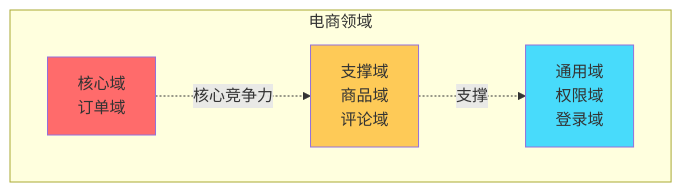
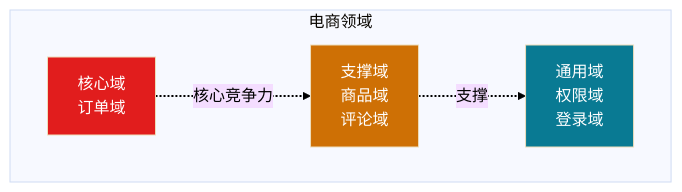
One commit to microwind/design-patterns changed the fifth of 12 diagrams in domain-driven-design/一文搞懂DDD领域驱动设计.md. Above: the diagram before and after it, drawn with Mermaid. The commit also changed other lines of this file, not shown here.

````diff
--- a/domain-driven-design/一文搞懂DDD领域驱动设计.md
+++ b/domain-driven-design/一文搞懂DDD领域驱动设计.md
@@ -173,15 +194,19 @@
 ```mermaid
+%%{init: {'theme': 'base', 'themeVariables': { 'sectionBkgColor': '#f1f1f1', 'altSectionBkgColor': '#f1f1f1', 'gridColor': '#e9ecef'}}}%%
 flowchart TD
     subgraph 电商领域["电商领域"]
         核心域["核心域<br/>订单域"]
         支撑域["支撑域<br/>商品域<br/>评论域"]
         通用域["通用域<br/>权限域<br/>登录域"]
     end
     
     核心域 -.核心竞争力.-> 支撑域
     支撑域 -.支撑.-> 通用域
     
-    style 核心域 fill:#ff6b6b
-    style 支撑域 fill:#feca57
-    style 通用域 fill:#48dbfb
+    style 核心域 fill:#E11D1D,color:#ffffff
+    style 支撑域 fill:#CE7005,color:#FFFFFF
+    style 通用域 fill:#097A93,color:#ffffff
+    
+    linkStyle 0 stroke:#000000,stroke-width:2px,color:#000000
+    linkStyle 1 stroke:#000000,stroke-width:2px,color:#000000
 ```
````
